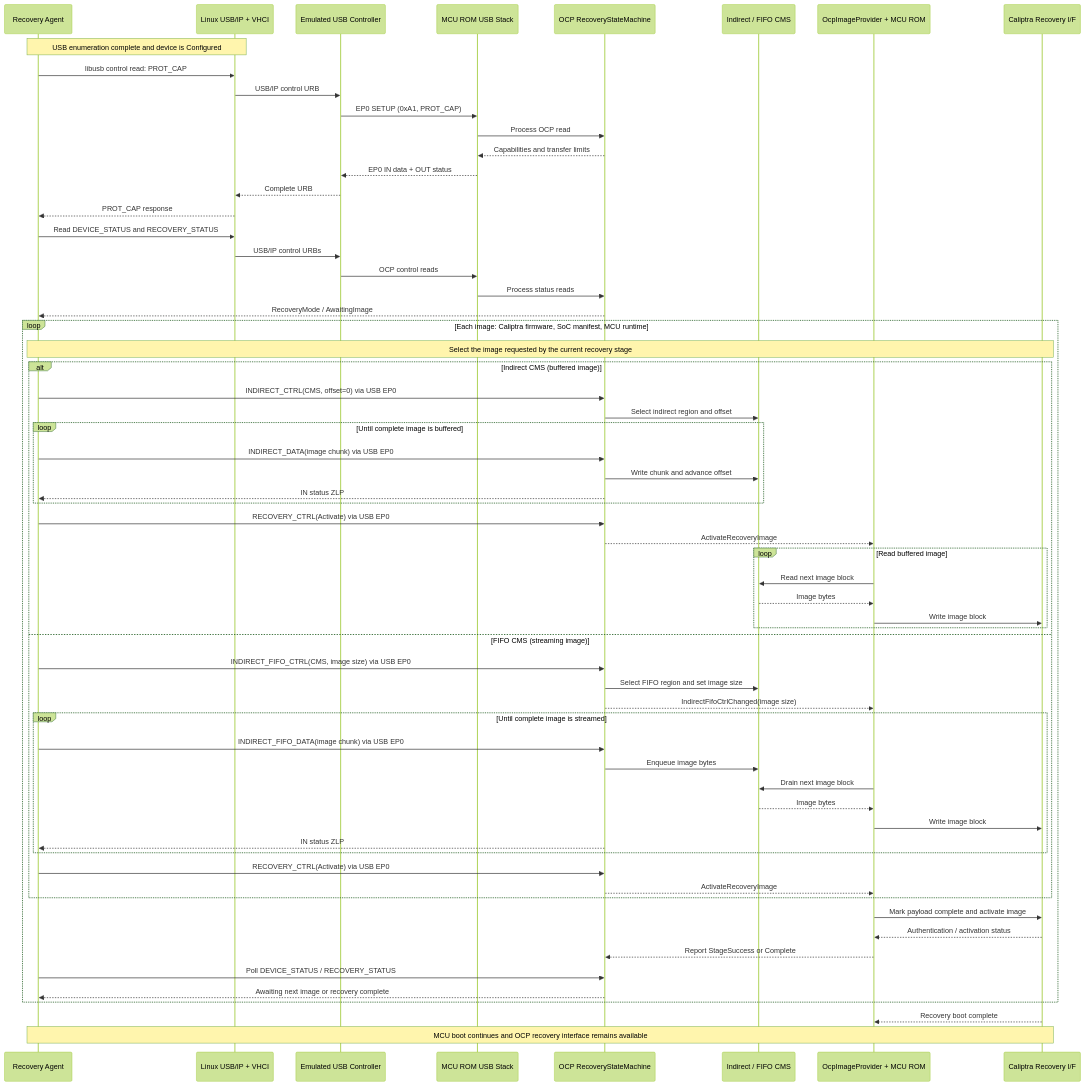
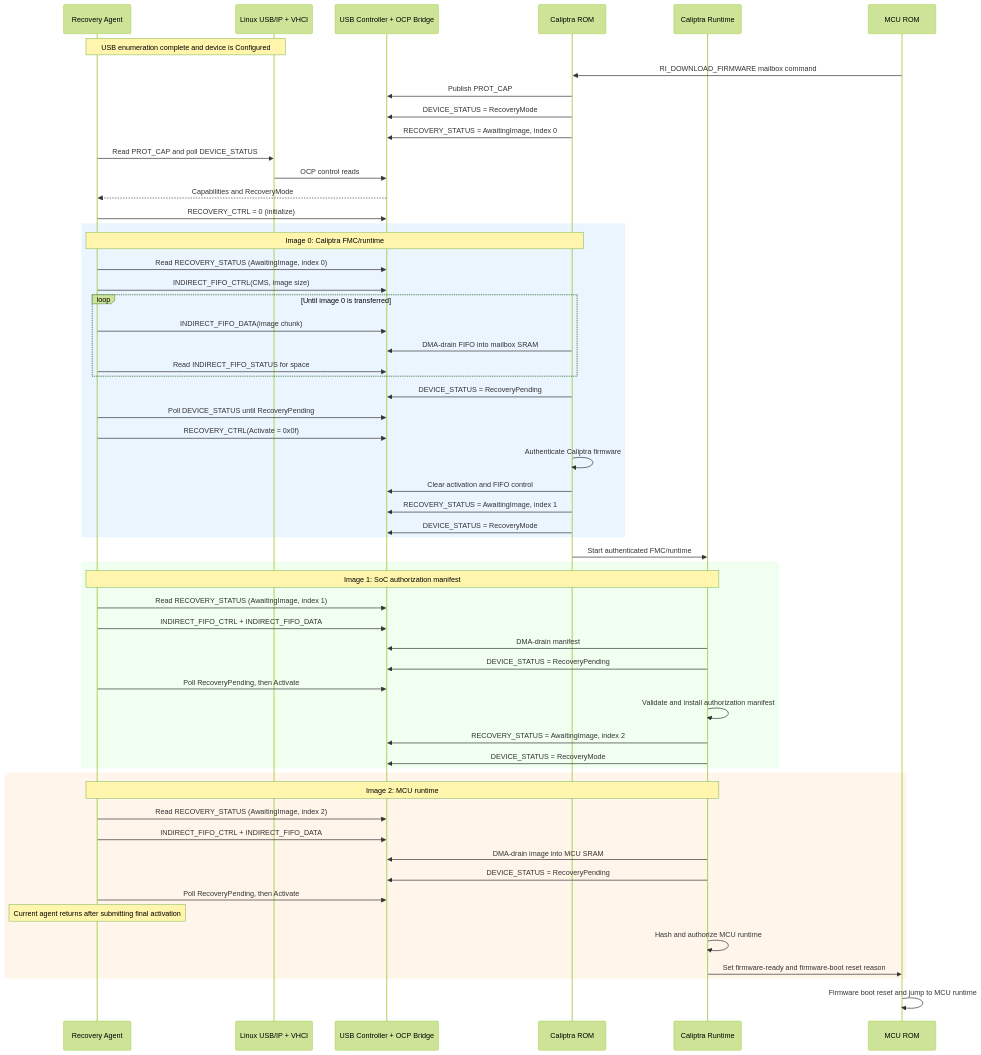
One commit to mlvisaya/caliptra-mcu-sw-private changed the fourth of 5 diagrams in docs/src/usb_recovery_emulation.md. Above: the diagram before and after it, drawn with Mermaid (forest theme). The commit also changed other lines of this file, not shown here.

Commit message:
Correct USB recovery image flow documentation

````diff
--- a/docs/src/usb_recovery_emulation.md
+++ b/docs/src/usb_recovery_emulation.md
@@ -253,77 +270,67 @@
 ```mermaid
 sequenceDiagram
     participant RA as Recovery Agent
     participant Transport as Linux USB/IP + VHCI
-    participant USB as Emulated USB Controller
-    participant FW as MCU ROM USB Stack
-    participant OCP as OCP RecoveryStateMachine
-    participant CMS as Indirect / FIFO CMS
-    participant ROM as OcpImageProvider + MCU ROM
-    participant CRIF as Caliptra Recovery I/F
+    participant USB as USB Controller + OCP Bridge
+    participant CROM as Caliptra ROM
+    participant CRT as Caliptra Runtime
+    participant MCU as MCU ROM
 
     Note over RA,Transport: USB enumeration complete and device is Configured
 
-    RA->>Transport: libusb control read: PROT_CAP
-    Transport->>USB: USB/IP control URB
-    USB->>FW: EP0 SETUP (0xA1, PROT_CAP)
-    FW->>OCP: Process OCP read
-    OCP-->>FW: Capabilities and transfer limits
-    FW-->>USB: EP0 IN data + OUT status
-    USB-->>Transport: Complete URB
-    Transport-->>RA: PROT_CAP response
+    MCU->>CROM: RI_DOWNLOAD_FIRMWARE mailbox command
+    CROM->>USB: Publish PROT_CAP
+    CROM->>USB: DEVICE_STATUS = RecoveryMode
+    CROM->>USB: RECOVERY_STATUS = AwaitingImage, index 0
 
-    RA->>Transport: Read DEVICE_STATUS and RECOVERY_STATUS
-    Transport->>USB: USB/IP control URBs
-    USB->>FW: OCP control reads
-    FW->>OCP: Process status reads
-    OCP-->>RA: RecoveryMode / AwaitingImage
+    RA->>Transport: Read PROT_CAP and poll DEVICE_STATUS
+    Transport->>USB: OCP control reads
+    USB-->>RA: Capabilities and RecoveryMode
+    RA->>USB: RECOVERY_CTRL = 0 (initialize)
 
-    loop Each image: Caliptra firmware, SoC manifest, MCU runtime
-        Note over RA,CRIF: Select the image requested by the current recovery stage
-
-        alt Indirect CMS (buffered image)
-            RA->>OCP: INDIRECT_CTRL(CMS, offset=0) via USB EP0
-            OCP->>CMS: Select indirect region and offset
-
-            loop Until complete image is buffered
-                RA->>OCP: INDIRECT_DATA(image chunk) via USB EP0
-                OCP->>CMS: Write chunk and advance offset
-                OCP-->>RA: IN status ZLP
-            end
-
-            RA->>OCP: RECOVERY_CTRL(Activate) via USB EP0
-            OCP-->>ROM: ActivateRecoveryImage
-
-            loop Read buffered image
-                ROM->>CMS: Read next image block
-                CMS-->>ROM: Image bytes
-                ROM->>CRIF: Write image block
-            end
-        else FIFO CMS (streaming image)
-            RA->>OCP: INDIRECT_FIFO_CTRL(CMS, image size) via USB EP0
-            OCP->>CMS: Select FIFO region and set image size
-            OCP-->>ROM: IndirectFifoCtrlChanged(image size)
-
-            loop Until complete image is streamed
-                RA->>OCP: INDIRECT_FIFO_DATA(image chunk) via USB EP0
-                OCP->>CMS: Enqueue image bytes
-                ROM->>CMS: Drain next image block
-                CMS-->>ROM: Image bytes
-                ROM->>CRIF: Write image block
-                OCP-->>RA: IN status ZLP
-            end
-
-            RA->>OCP: RECOVERY_CTRL(Activate) via USB EP0
-            OCP-->>ROM: ActivateRecoveryImage
+    rect rgb(235, 245, 255)
+        Note over RA,CROM: Image 0: Caliptra FMC/runtime
+        RA->>USB: Read RECOVERY_STATUS (AwaitingImage, index 0)
+        RA->>USB: INDIRECT_FIFO_CTRL(CMS, image size)
+        loop Until image 0 is transferred
+            RA->>USB: INDIRECT_FIFO_DATA(image chunk)
+            CROM->>USB: DMA-drain FIFO into mailbox SRAM
+            RA->>USB: Read INDIRECT_FIFO_STATUS for space
         end
-
-        ROM->>CRIF: Mark payload complete and activate image
-        CRIF-->>ROM: Authentication / activation status
-        ROM-->>OCP: Report StageSuccess or Complete
-        RA->>OCP: Poll DEVICE_STATUS / RECOVERY_STATUS
-        OCP-->>RA: Awaiting next image or recovery complete
+        CROM->>USB: DEVICE_STATUS = RecoveryPending
+        RA->>USB: Poll DEVICE_STATUS until RecoveryPending
+        RA->>USB: RECOVERY_CTRL(Activate = 0x0f)
+        CROM->>CROM: Authenticate Caliptra firmware
+        CROM->>USB: Clear activation and FIFO control
+        CROM->>USB: RECOVERY_STATUS = AwaitingImage, index 1
+        CROM->>USB: DEVICE_STATUS = RecoveryMode
     end
 
-    CRIF-->>ROM: Recovery boot complete
-    Note over RA,CRIF: MCU boot continues and OCP recovery interface remains available
+    CROM->>CRT: Start authenticated FMC/runtime
+
+    rect rgb(240, 255, 240)
+        Note over RA,CRT: Image 1: SoC authorization manifest
+        RA->>USB: Read RECOVERY_STATUS (AwaitingImage, index 1)
+        RA->>USB: INDIRECT_FIFO_CTRL + INDIRECT_FIFO_DATA
+        CRT->>USB: DMA-drain manifest
+        CRT->>USB: DEVICE_STATUS = RecoveryPending
+        RA->>USB: Poll RecoveryPending, then Activate
+        CRT->>CRT: Validate and install authorization manifest
+        CRT->>USB: RECOVERY_STATUS = AwaitingImage, index 2
+        CRT->>USB: DEVICE_STATUS = RecoveryMode
+    end
+
+    rect rgb(255, 245, 235)
+        Note over RA,CRT: Image 2: MCU runtime
+        RA->>USB: Read RECOVERY_STATUS (AwaitingImage, index 2)
+        RA->>USB: INDIRECT_FIFO_CTRL + INDIRECT_FIFO_DATA
+        CRT->>USB: DMA-drain image into MCU SRAM
+        CRT->>USB: DEVICE_STATUS = RecoveryPending
+        RA->>USB: Poll RecoveryPending, then Activate
+        Note over RA: Current agent returns after submitting final activation
+        CRT->>CRT: Hash and authorize MCU runtime
+        CRT->>MCU: Set firmware-ready and firmware-boot reset reason
+    end
+
+    MCU->>MCU: Firmware boot reset and jump to MCU runtime
 ```
````
